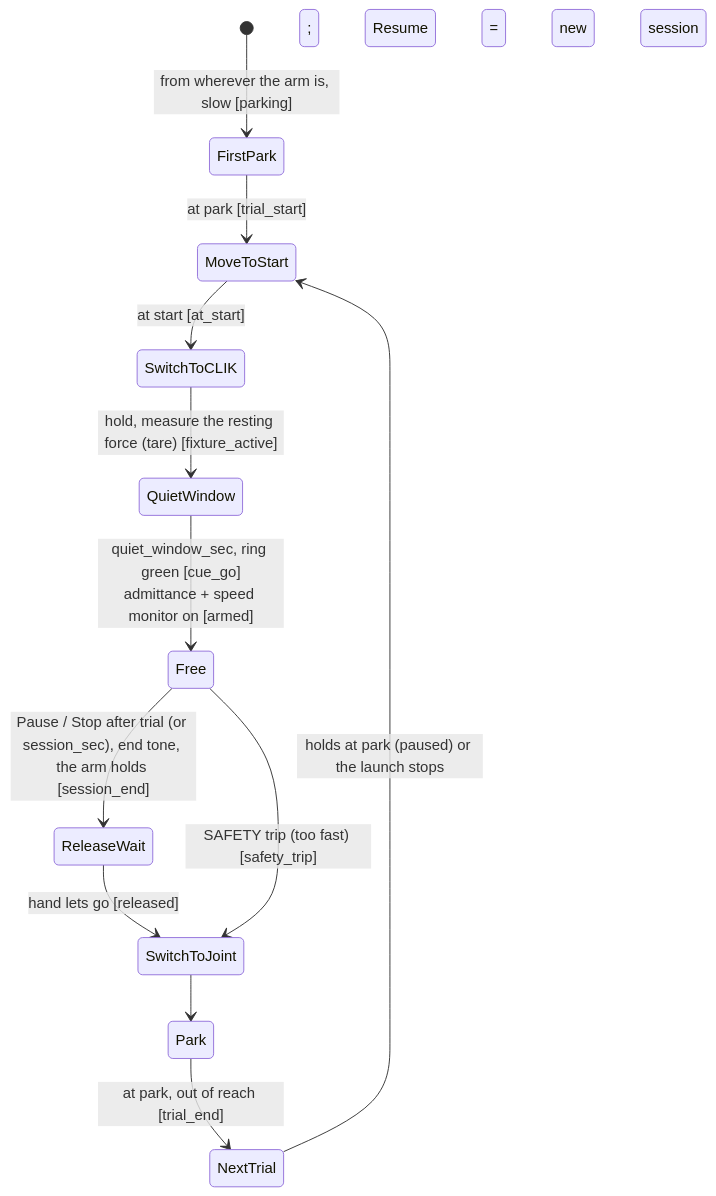
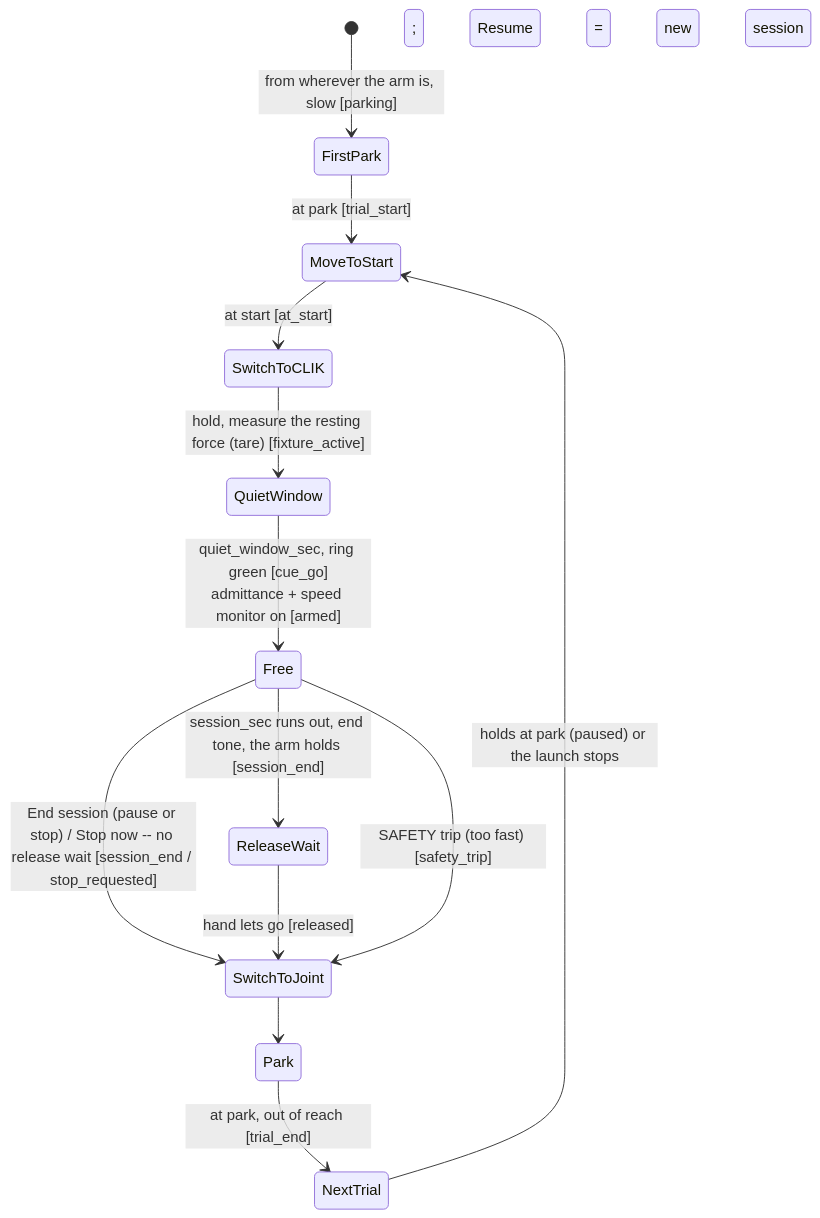
One commit to sinthlab/sinthlab-kuka-stack changed the tenth of 10 diagrams in README.md. Above: the diagram before and after it, drawn with Mermaid. The commit also changed other lines of this file and 8 other files, not shown here.

````diff
--- a/README.md
+++ b/README.md
@@ -1816,14 +1816,15 @@
 ```mermaid
 stateDiagram-v2
     [*] --> FirstPark : from wherever the arm is, slow [parking]
     FirstPark --> MoveToStart : at park [trial_start]
     MoveToStart --> SwitchToCLIK : at start [at_start]
     SwitchToCLIK --> QuietWindow : hold, measure the resting force (tare) [fixture_active]
     QuietWindow --> Free : quiet_window_sec, ring green [cue_go]<br/>admittance + speed monitor on [armed]
-    Free --> ReleaseWait : Pause / Stop after trial (or session_sec), end tone, the arm holds [session_end]
+    Free --> ReleaseWait : session_sec runs out, end tone, the arm holds [session_end]
+    Free --> SwitchToJoint : End session (pause or stop) / Stop now -- no release wait [session_end / stop_requested]
     ReleaseWait --> SwitchToJoint : hand lets go [released]
     Free --> SwitchToJoint : SAFETY trip (too fast) [safety_trip]
     SwitchToJoint --> Park
     Park --> NextTrial : at park, out of reach [trial_end]
     NextTrial --> MoveToStart : holds at park (paused) or the launch stops; Resume = new session
 ```
````
